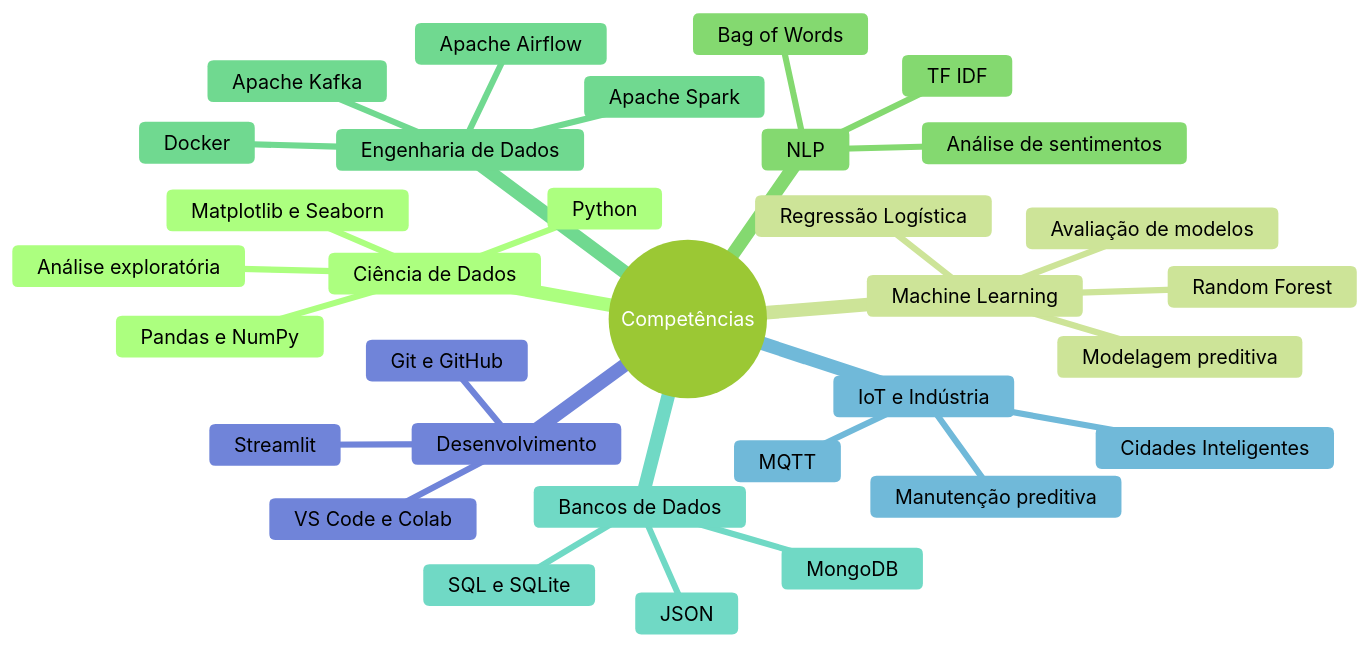
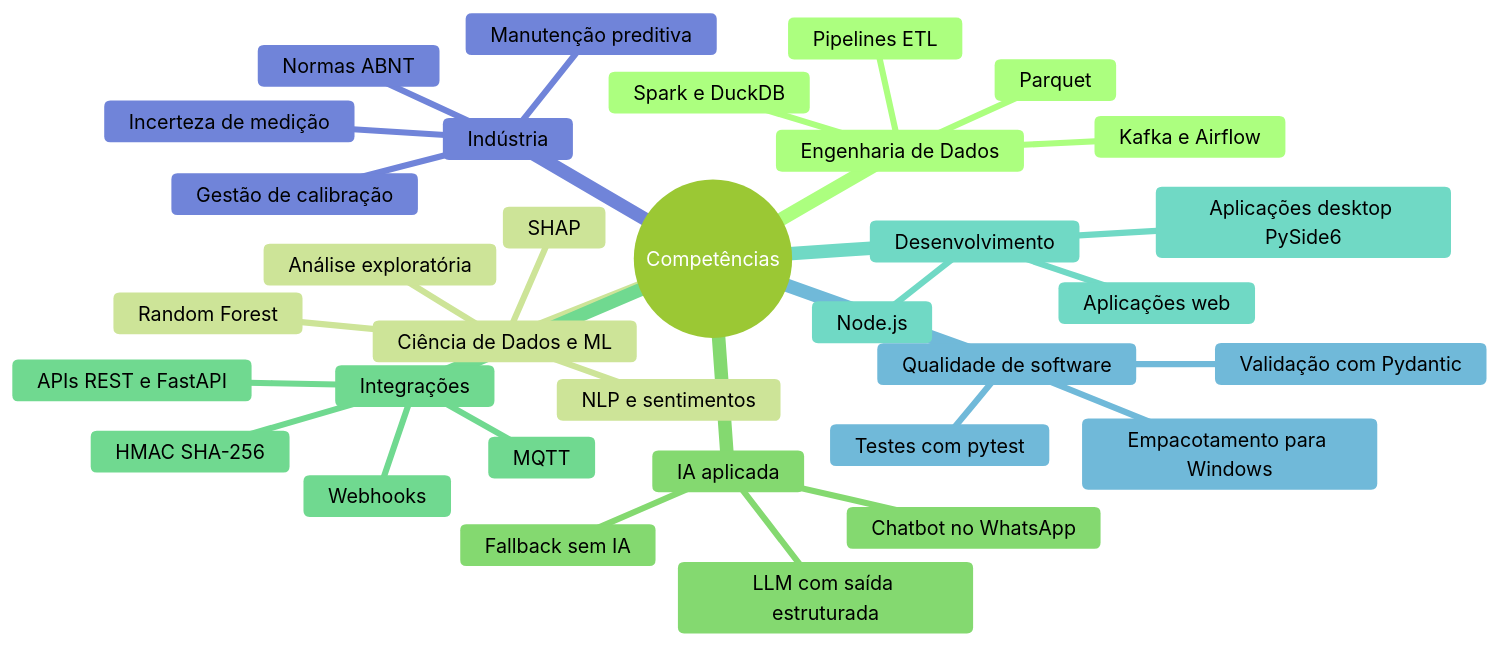
One commit to jcesarmph-ui/jcesarmph-ui changed the second of 2 diagrams in README.md. Above: the diagram before and after it, drawn with Mermaid (forest theme). The commit also changed other lines of this file, not shown here.

First line of the commit message:
Atualiza README do perfil com novos projetos

````diff
--- a/README.md
+++ b/README.md
@@ -127,35 +327,36 @@
 ```mermaid
 mindmap
   root((Competências))
-    Ciência de Dados
-      Python
-      Pandas e NumPy
-      Matplotlib e Seaborn
+    Engenharia de Dados
+      Pipelines ETL
+      Kafka e Airflow
+      Spark e DuckDB
+      Parquet
+    Ciência de Dados e ML
       Análise exploratória
-    Machine Learning
       Random Forest
-      Regressão Logística
-      Modelagem preditiva
-      Avaliação de modelos
-    NLP
-      TF IDF
-      Bag of Words
-      Análise de sentimentos
-    Engenharia de Dados
-      Apache Spark
-      Apache Kafka
-      Apache Airflow
-      Docker
-    Bancos de Dados
-      SQL e SQLite
-      MongoDB
-      JSON
-    IoT e Indústria
+      NLP e sentimentos
+      SHAP
+    IA aplicada
+      LLM com saída estruturada
+      Chatbot no WhatsApp
+      Fallback sem IA
+    Integrações
+      Webhooks
+      APIs REST e FastAPI
+      HMAC SHA-256
       MQTT
-      Cidades Inteligentes
+    Desenvolvimento
+      Aplicações desktop PySide6
+      Node.js
+      Aplicações web
+    Qualidade de software
+      Testes com pytest
+      Validação com Pydantic
+      Empacotamento para Windows
+    Indústria
+      Gestão de calibração
+      Incerteza de medição
+      Normas ABNT
       Manutenção preditiva
-    Desenvolvimento
-      Streamlit
-      Git e GitHub
-      VS Code e Colab
 ```
````
